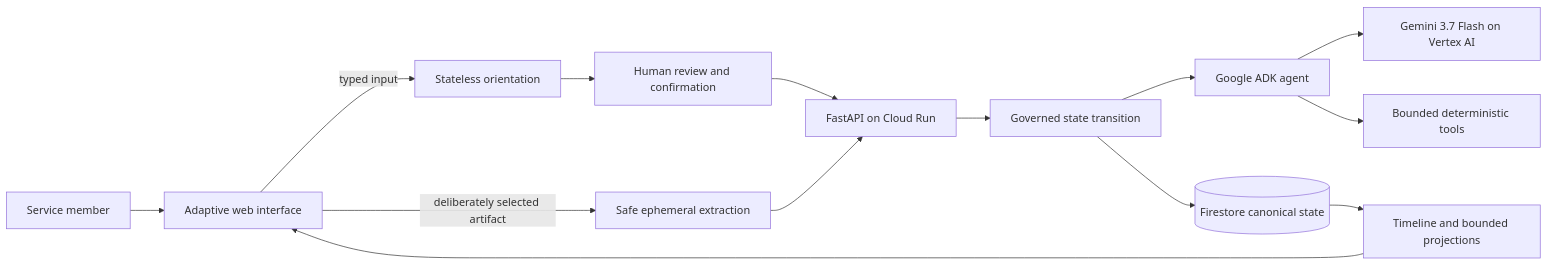
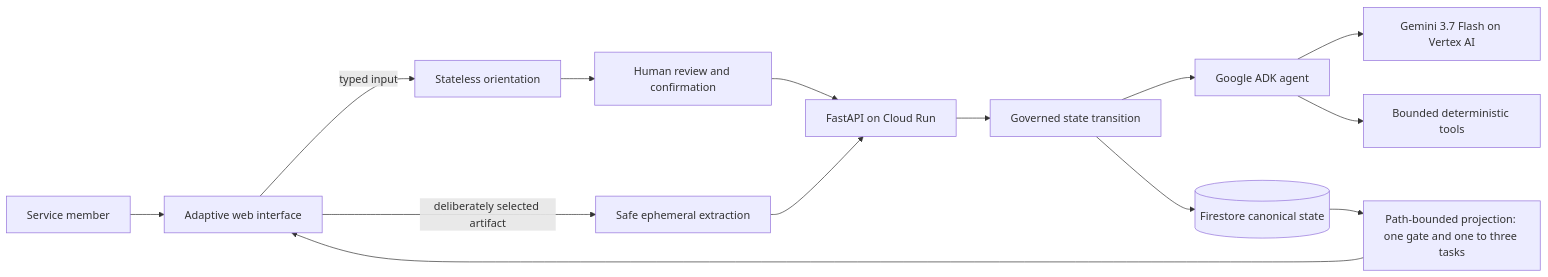
Before and after one commit to kevinfagundes85-art/military-slices: the diagram in README.md, drawn with Mermaid. The commit also changed other lines of this file and 24 other files, not shown here.

Commit message:
Install bounded transition path runtime

````diff
--- a/README.md
+++ b/README.md
@@ -26,16 +30,16 @@
 ```mermaid
 flowchart LR
     H[Service member] --> UI[Adaptive web interface]
     UI -->|typed input| O[Stateless orientation]
     O --> R[Human review and confirmation]
     R --> API[FastAPI on Cloud Run]
     UI -->|deliberately selected artifact| X[Safe ephemeral extraction]
     X --> API
     API --> G[Governed state transition]
     G --> ADK[Google ADK agent]
     ADK --> GEM[Gemini 3.7 Flash on Vertex AI]
     ADK --> T[Bounded deterministic tools]
     G --> FS[(Firestore canonical state)]
-    FS --> P[Timeline and bounded projections]
+    FS --> P[Path-bounded projection: one gate and one to three tasks]
     P --> UI
 ```
````
